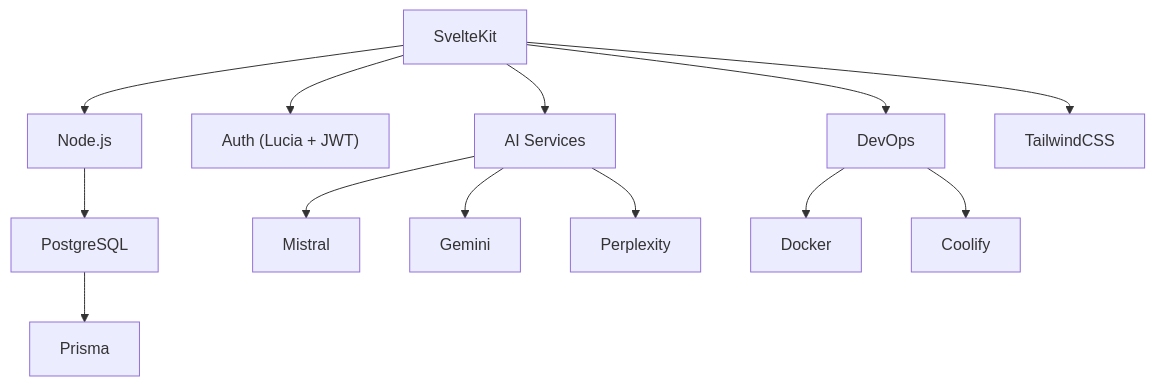
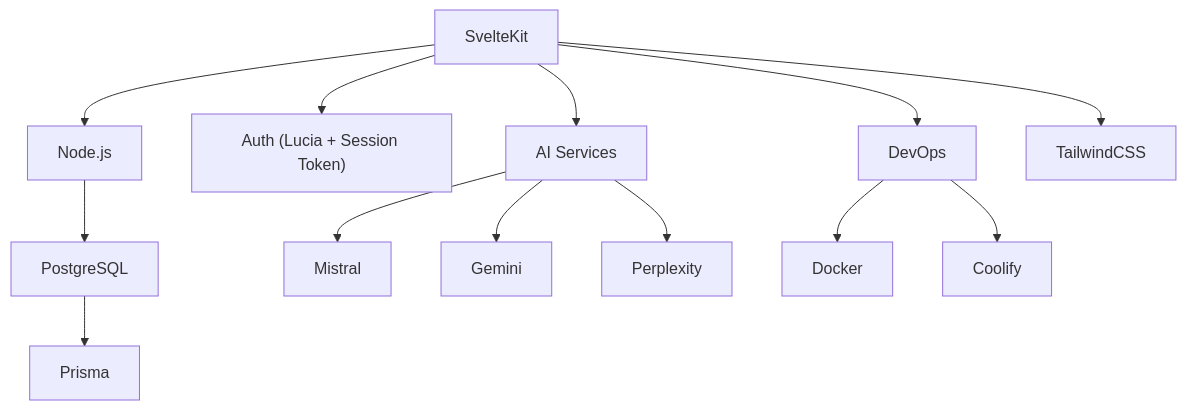
Before and after one commit to lowkey-dev21/Idea_lens-BE: the seventh of 7 diagrams in README.md, drawn with Mermaid. The commit also changed other lines of this file, not shown here.

Commit message:
fix: update authentication method references from JWT to Session Token in README

````diff
--- a/README.md
+++ b/README.md
@@ -194,15 +194,15 @@
 ```mermaid
 graph TD
     SK["SvelteKit"] --> NJ["Node.js"]
     NJ --> PG["PostgreSQL"]
     PG --> PR["Prisma"]
-    SK --> AU["Auth (Lucia + JWT)"]
+    SK --> AU["Auth (Lucia + Session Token)"]
     SK --> AIS["AI Services"]
     AIS --> MI["Mistral"]
     AIS --> GE["Gemini"]
     AIS --> PE["Perplexity"]
     SK --> DO["DevOps"]
     DO --> DK["Docker"]
     DO --> CF["Coolify"]
     SK --> TW["TailwindCSS"]
 ```
````
